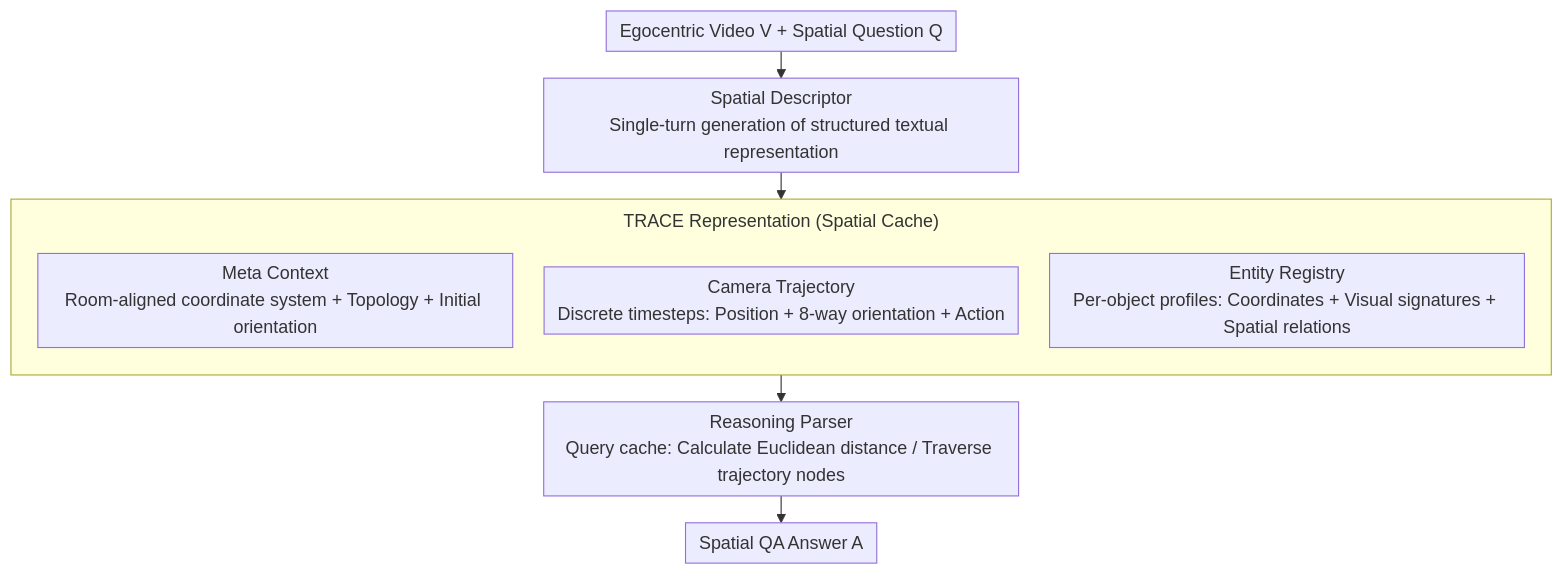
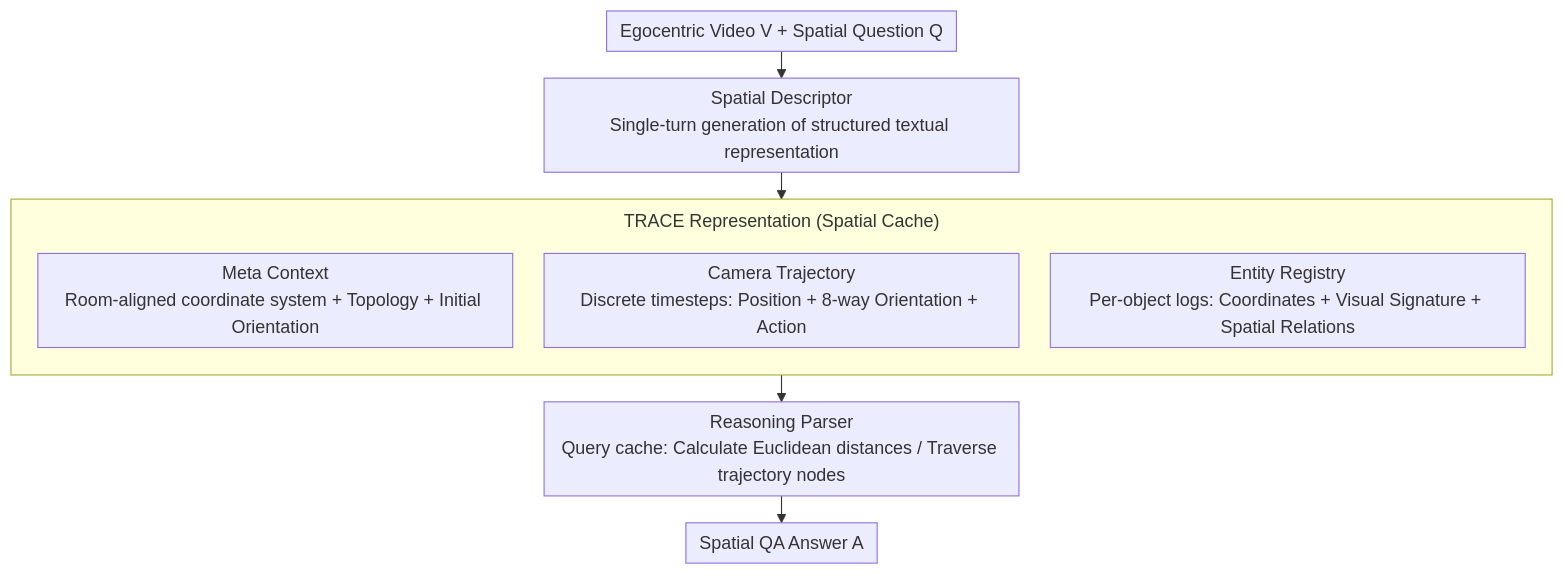
Before and after one commit to zhaoyang97/Paper-Notes-en: the diagram in docs/ACL2026/vlm_reasoning/unleashing_spatial_reasoning_in_multimodal_large_language_models_via_textual_rep.md, drawn with Mermaid. The commit also changed other lines of this file and 5084 other files, not shown here.

````diff
--- a/docs/ACL2026/vlm_reasoning/unleashing_spatial_reasoning_in_multimodal_large_language_models_via_textual_rep.md
+++ b/docs/ACL2026/vlm_reasoning/unleashing_spatial_reasoning_in_multimodal_large_language_models_via_textual_rep.md
@@ -44,14 +44,14 @@
 ```mermaid
 %%{init: {'flowchart': {'rankSpacing': 24, 'nodeSpacing': 28, 'padding': 6, 'wrappingWidth': 400, 'subGraphTitleMargin': {'top': 8, 'bottom': 16}}}}%%
 flowchart TD
     A["Egocentric Video V + Spatial Question Q"] --> B["Spatial Descriptor<br/>Single-turn generation of structured textual representation"]
     B --> G
     subgraph G["TRACE Representation (Spatial Cache)"]
         direction TB
-        C["Meta Context<br/>Room-aligned coordinate system + Topology + Initial orientation"]
-        D["Camera Trajectory<br/>Discrete timesteps: Position + 8-way orientation + Action"]
-        E["Entity Registry<br/>Per-object profiles: Coordinates + Visual signatures + Spatial relations"]
+        C["Meta Context<br/>Room-aligned coordinate system + Topology + Initial Orientation"]
+        D["Camera Trajectory<br/>Discrete timesteps: Position + 8-way Orientation + Action"]
+        E["Entity Registry<br/>Per-object logs: Coordinates + Visual Signature + Spatial Relations"]
     end
-    G --> F["Reasoning Parser<br/>Query cache: Calculate Euclidean distance / Traverse trajectory nodes"]
+    G --> F["Reasoning Parser<br/>Query cache: Calculate Euclidean distances / Traverse trajectory nodes"]
     F --> H["Spatial QA Answer A"]
 ```
````
